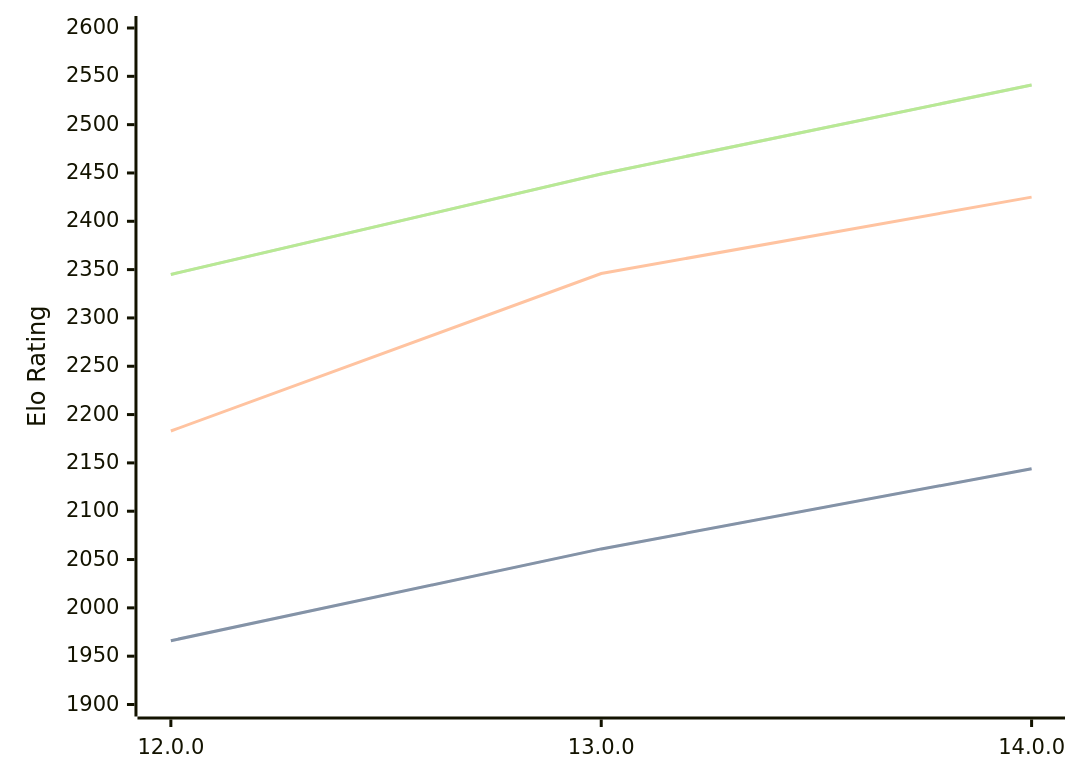
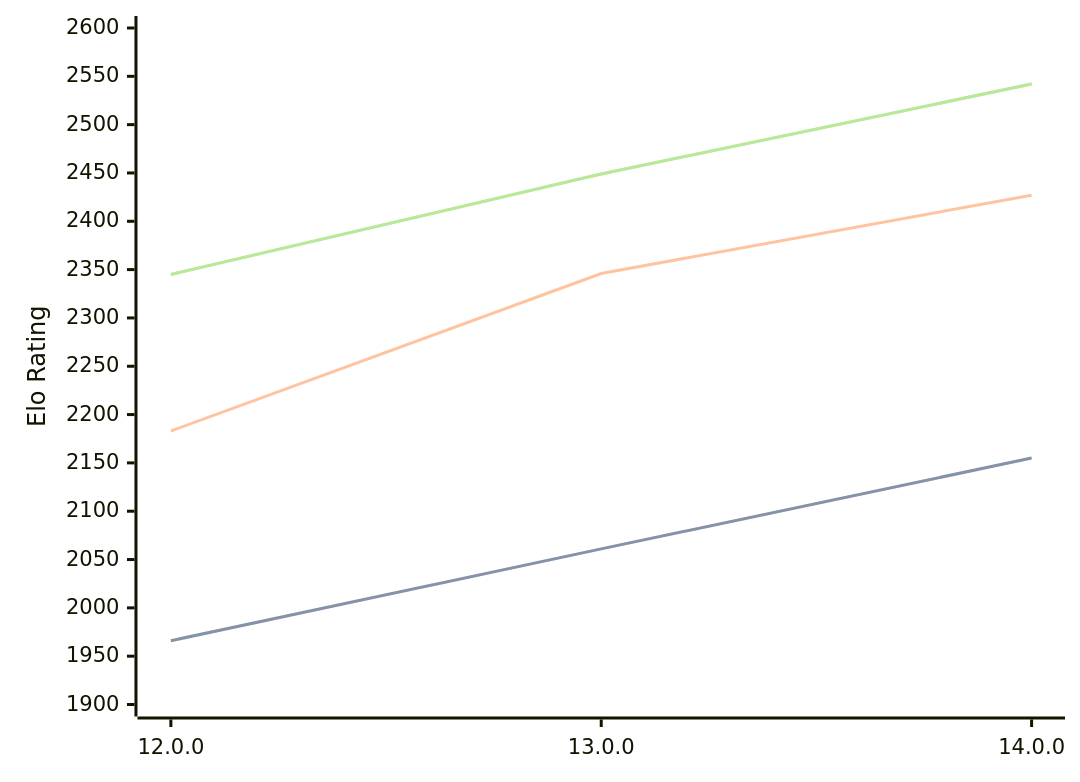
The diagram in engines/Cepimetheus.md (computer-chess-index/cci), drawn with Mermaid before and after one commit. The commit also changed other lines of this file, not shown here.

Commit message:
Update CCI Ratings (ELO VLTC) - 2026-08-02

````diff
--- a/engines/Cepimetheus.md
+++ b/engines/Cepimetheus.md
@@ -65,11 +65,11 @@
 ```mermaid
 %%{init: {"theme":"base","themeVariables":{"seriesColors:['#a3a3a3','#222221','#faa371']}}}%%
 xychart-beta
   x-axis ["12.0.0", "13.0.0", "14.0.0"]
   y-axis "Elo Rating" 1900 --> 2600
-  line "STC (8.0+0.08s)" [1966, 2061, 2144]
-  line "STC (8.0+0.08s)" [1966, 2061, 2144]
-  line "LTC (60.0+0.60s)" [2183, 2346, 2425]
-  line "VLTC (2m24s+1.12s)" [2345, 2449, 2541]
-  line "VLTC (2m24s+1.12s)" [2345, 2449, 2541]
+  line "STC (8.0+0.08s)" [1966, 2061, 2155]
+  line "STC (8.0+0.08s)" [1966, 2061, 2155]
+  line "LTC (60.0+0.60s)" [2183, 2346, 2427]
+  line "VLTC (2m24s+1.12s)" [2345, 2449, 2542]
+  line "VLTC (2m24s+1.12s)" [2345, 2449, 2542]
 ```
````
